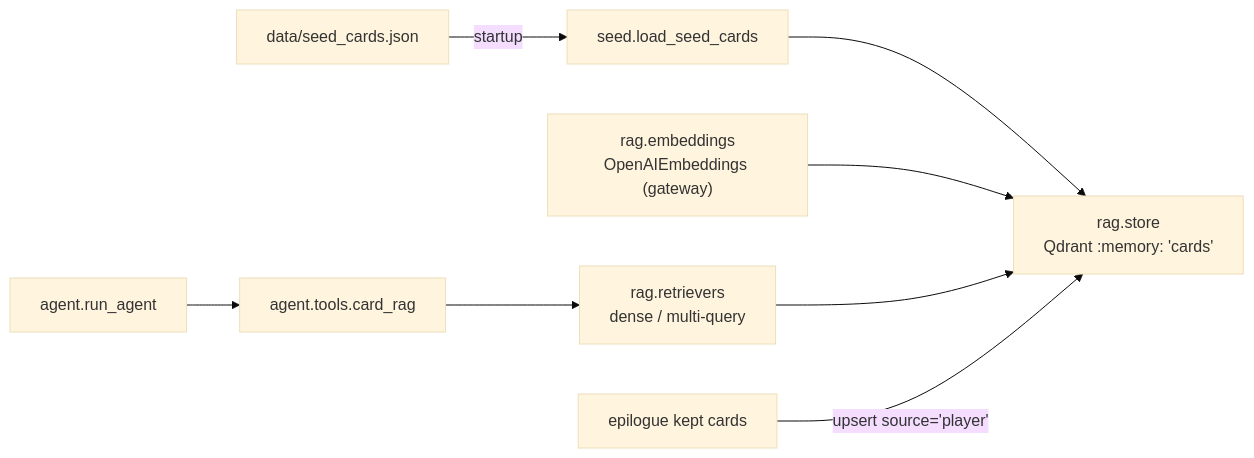
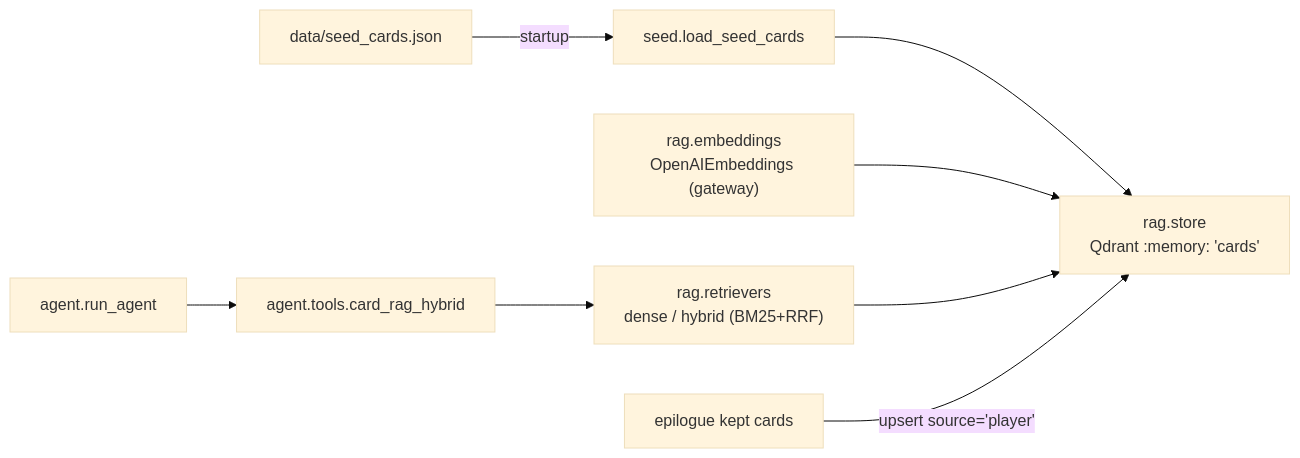
The fourth of 4 diagrams in docs/architecture.md (msharp9/a-thousand-blank-white-cards), drawn with Mermaid (base theme) before and after one commit. The commit also changed other lines of this file and 5 other files, not shown here.

First line of the commit message:
docs(task6): measured hybrid-retrieval + tool-cap write-up; drop RETRIEVER_ANALYSIS (bead zxi)

````diff
--- a/docs/architecture.md
+++ b/docs/architecture.md
@@ -527,11 +527,11 @@
 ```mermaid
 flowchart LR
   SEED["data/seed_cards.json"] -->|startup| LOAD["seed.load_seed_cards"]
   LOAD --> STORE
   EMB["rag.embeddings<br/>OpenAIEmbeddings (gateway)"] --> STORE
   STORE["rag.store<br/>Qdrant :memory: 'cards'"]
-  RET["rag.retrievers<br/>dense / multi-query"] --> STORE
-  TOOL["agent.tools.card_rag"] --> RET
+  RET["rag.retrievers<br/>dense / hybrid (BM25+RRF)"] --> STORE
+  TOOL["agent.tools.card_rag_hybrid"] --> RET
   RUN["agent.run_agent"] --> TOOL
   KEPT["epilogue kept cards"] -->|upsert source='player'| STORE
 ```
````
